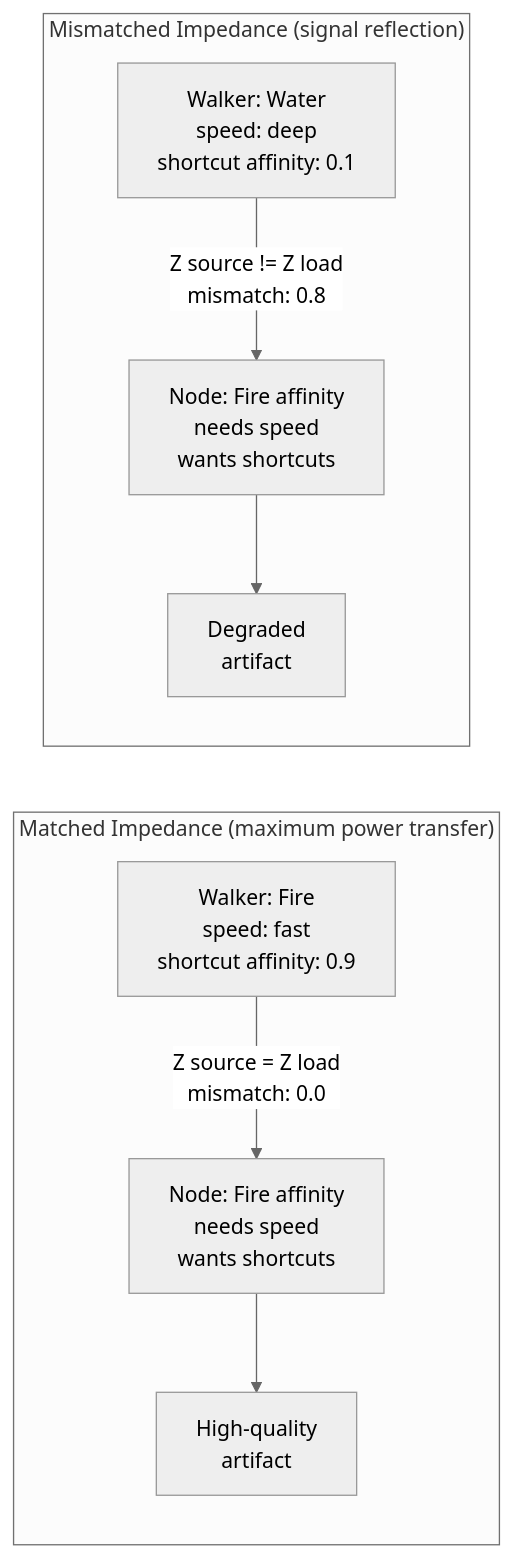
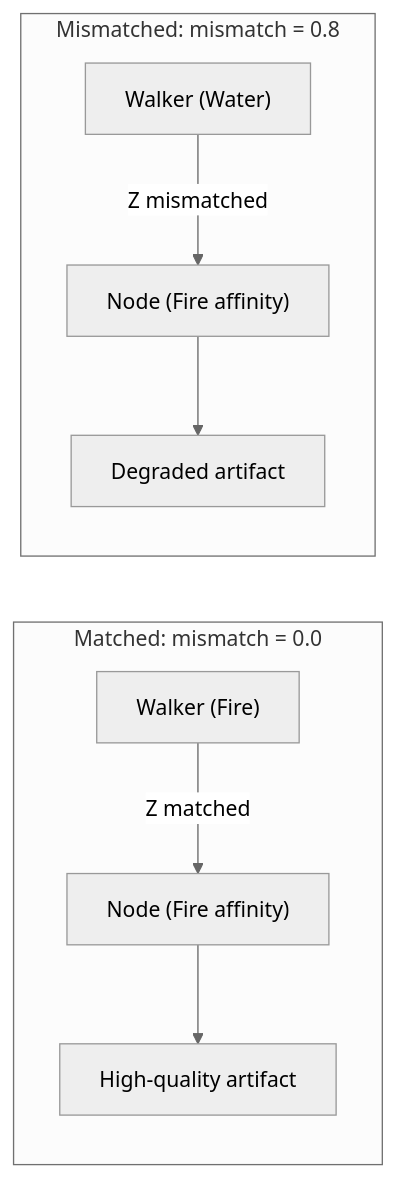
The tenth of 12 diagrams in .cursor/docs/case-studies/electronic-circuit-theory.md (dpopsuev/origami), drawn with Mermaid (neutral theme) before and after one commit. The commit also changed other lines of this file, not shown here.

First line of the commit message:
fix(case-studies): clean up mermaid diagram labels and spacing

````diff
--- a/.cursor/docs/case-studies/electronic-circuit-theory.md
+++ b/.cursor/docs/case-studies/electronic-circuit-theory.md
@@ -341,12 +335,12 @@
 ```mermaid
 flowchart LR
-    subgraph matched ["Matched Impedance (maximum power transfer)"]
-        fireW["Walker: Fire\nspeed: fast\nshortcut affinity: 0.9"] -->|"Z source = Z load\nmismatch: 0.0"| fireN["Node: Fire affinity\nneeds speed\nwants shortcuts"]
-        fireN --> goodArt["High-quality\nartifact"]
+    subgraph matched ["Matched: mismatch = 0.0"]
+        fireW["Walker (Fire)"] -->|"Z matched"| fireN["Node (Fire affinity)"]
+        fireN --> goodArt["High-quality artifact"]
     end
 
-    subgraph mismatched ["Mismatched Impedance (signal reflection)"]
-        waterW["Walker: Water\nspeed: deep\nshortcut affinity: 0.1"] -->|"Z source != Z load\nmismatch: 0.8"| fireN2["Node: Fire affinity\nneeds speed\nwants shortcuts"]
-        fireN2 --> poorArt["Degraded\nartifact"]
+    subgraph mismatched ["Mismatched: mismatch = 0.8"]
+        waterW["Walker (Water)"] -->|"Z mismatched"| fireN2["Node (Fire affinity)"]
+        fireN2 --> poorArt["Degraded artifact"]
     end
 ```
````
